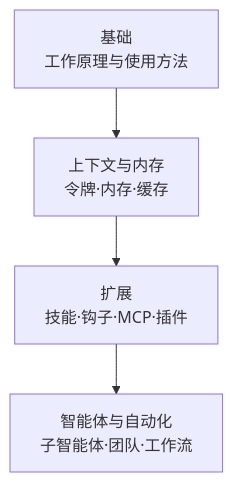
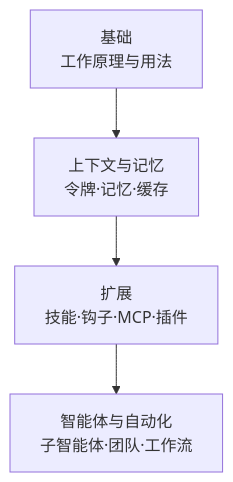
The diagram in docs-site/content/zh/claude-code/_index.md (modu-ai/moai-adk), drawn with Mermaid before and after one commit. The commit also changed other lines of this file and 395 other files, not shown here.

````diff
--- a/docs-site/content/zh/claude-code/_index.md
+++ b/docs-site/content/zh/claude-code/_index.md
@@ -18,6 +18,6 @@
 ```mermaid
 flowchart TD
-    A[基础<br/>工作原理与使用方法] --> B[上下文与内存<br/>令牌·内存·缓存]
+    A[基础<br/>工作原理与用法] --> B[上下文与记忆<br/>令牌·记忆·缓存]
     B --> C[扩展<br/>技能·钩子·MCP·插件]
     C --> D[智能体与自动化<br/>子智能体·团队·工作流]
 ```
````
